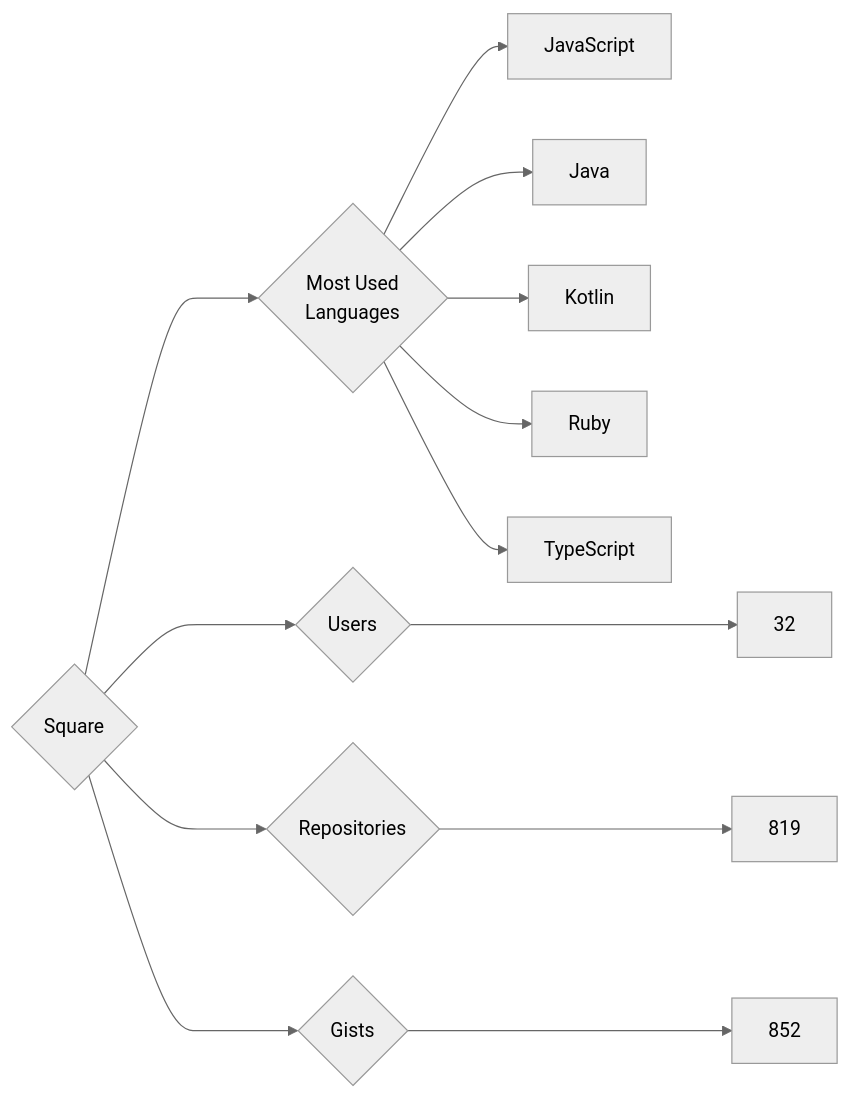
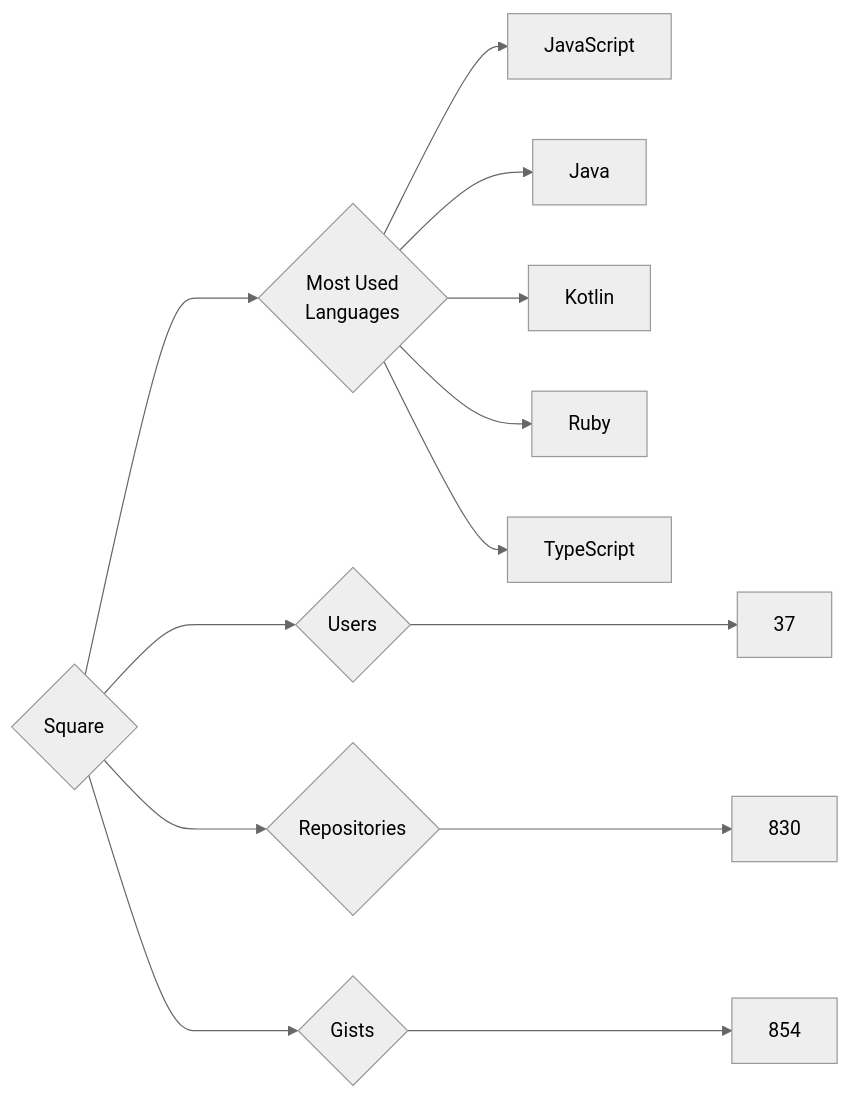
Before and after one commit to trickest/insiders: the diagram in targets/Square/README.md, drawn with Mermaid (neutral theme). The commit also changed 1696 other files, not shown here.

````diff
--- a/targets/Square/README.md
+++ b/targets/Square/README.md
@@ -3,13 +3,13 @@
 ```mermaid
 graph LR
 COMPANY_NAME{Square}
-COMPANY_NAME ---> U{Users} ---> UN[32]
-COMPANY_NAME ---> R{Repositories} ---> RN[819]
-COMPANY_NAME ---> G{Gists} ---> GN[852]
+COMPANY_NAME ---> U{Users} ---> UN[37]
+COMPANY_NAME ---> R{Repositories} ---> RN[830]
+COMPANY_NAME ---> G{Gists} ---> GN[854]
 COMPANY_NAME ---> ML{Most Used<br>Languages}
 ML --> JavaScript[JavaScript]
 ML --> Java[Java]
 ML --> Kotlin[Kotlin]
 ML --> Ruby[Ruby]
 ML --> TypeScript[TypeScript]
 ```
````
